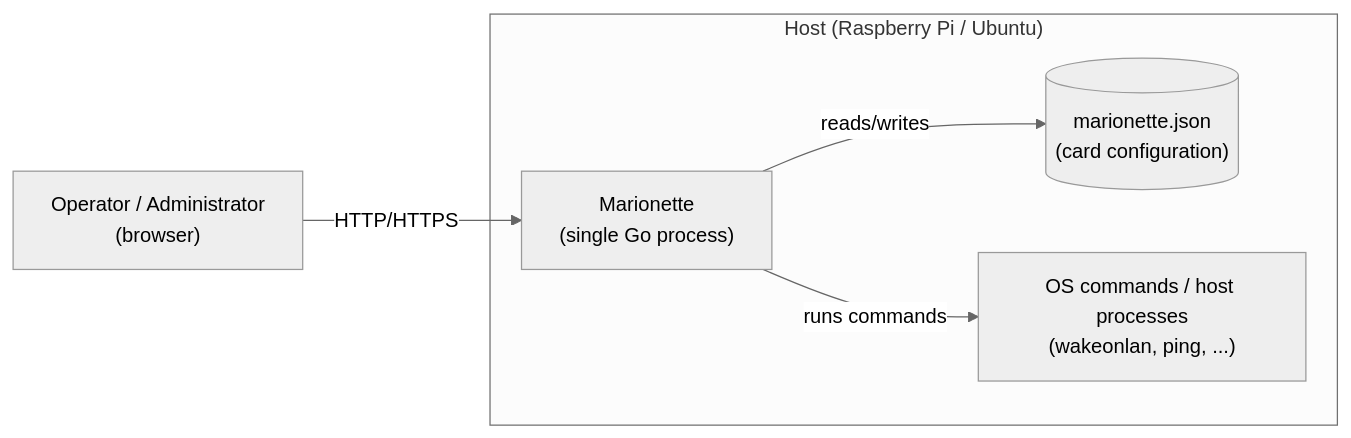
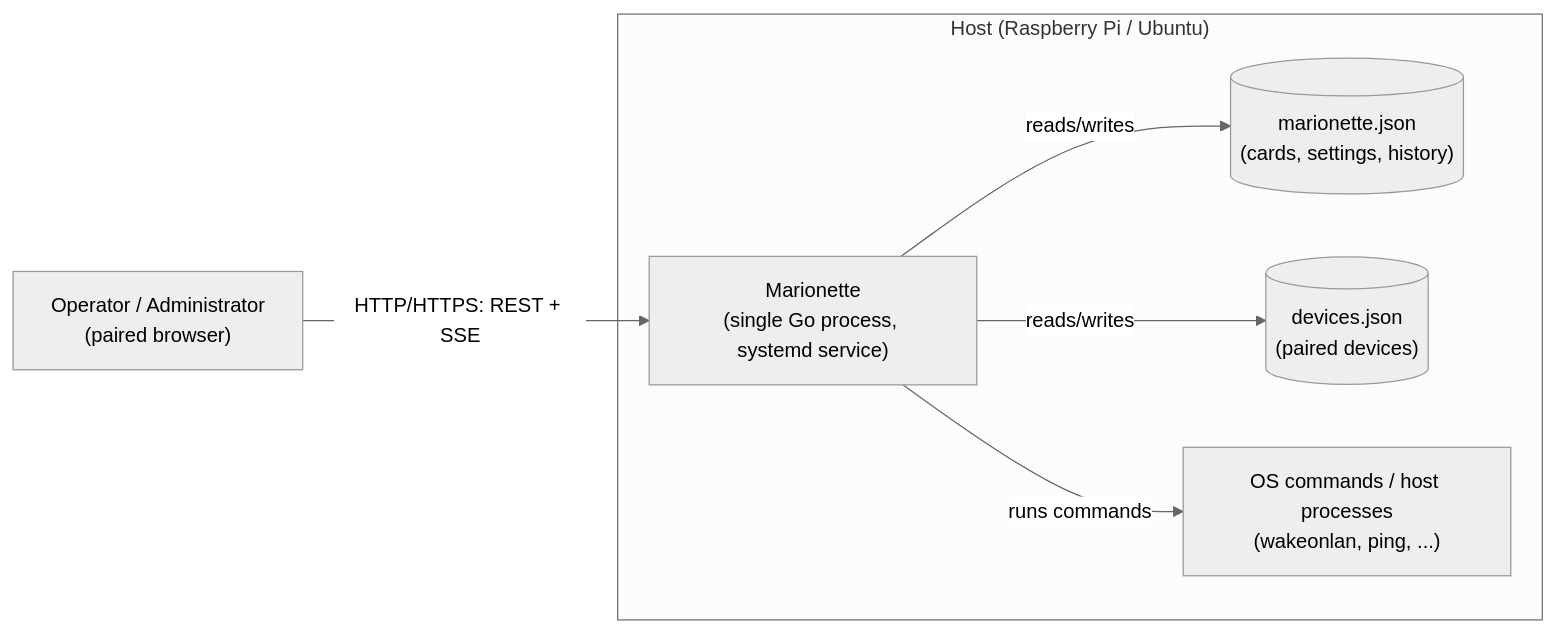
The diagram in docs/architecture/overview.md (vnevoral/marionette), drawn with Mermaid (neutral theme) before and after one commit. The commit also changed other lines of this file and 6 other files, not shown here.

````diff
--- a/docs/architecture/overview.md
+++ b/docs/architecture/overview.md
@@ -5,10 +5,12 @@
 ```mermaid
 flowchart LR
-    Operator["Operator / Administrator\n(browser)"] -->|HTTP/HTTPS| Marionette
+    Operator["Operator / Administrator\n(paired browser)"] -->|HTTP/HTTPS: REST + SSE| Marionette
     subgraph Host["Host (Raspberry Pi / Ubuntu)"]
-        Marionette["Marionette\n(single Go process)"]
-        ConfigFile[("marionette.json\n(card configuration)")]
+        Marionette["Marionette\n(single Go process, systemd service)"]
+        ConfigFile[("marionette.json\n(cards, settings, history)")]
+        DevicesFile[("devices.json\n(paired devices)")]
         Marionette -->|reads/writes| ConfigFile
+        Marionette -->|reads/writes| DevicesFile
         Marionette -->|runs commands| OS["OS commands / host processes\n(wakeonlan, ping, ...)"]
     end
 ```
````
